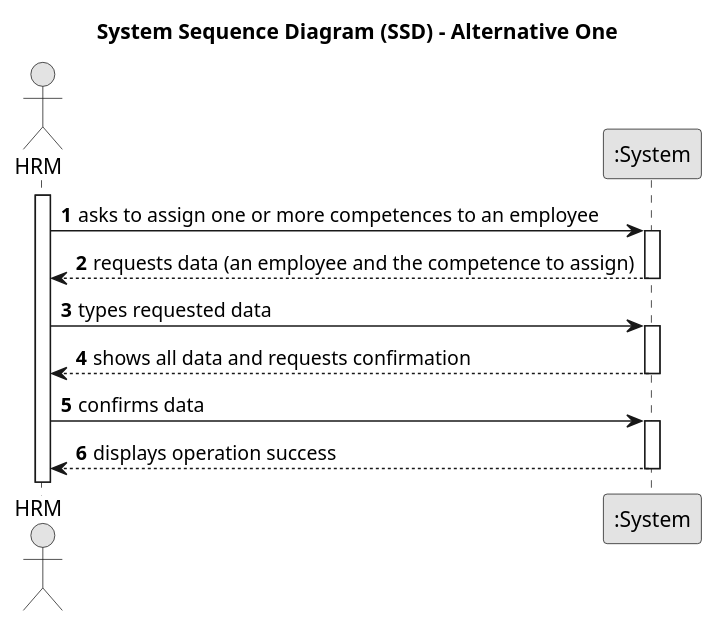
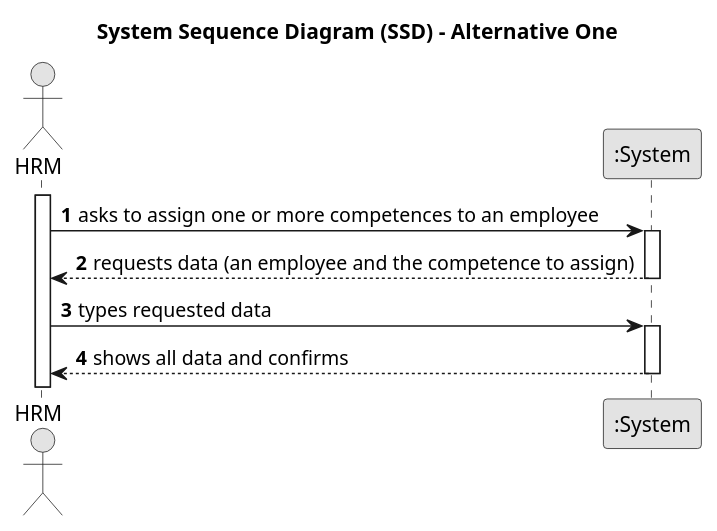
Before and after one commit to Departamento-de-Engenharia-Informatica/lei-24-s2-1df-1de-g063: the diagram in docs/sprintB/us004/01.requirements-engineering/puml/us004-system-sequence-diagram-alternative-one.puml, drawn with PlantUML. The commit also changed 29 other files, not shown here.

```diff
--- a/docs/sprintB/us004/01.requirements-engineering/puml/us004-system-sequence-diagram-alternative-one.puml
+++ b/docs/sprintB/us004/01.requirements-engineering/puml/us004-system-sequence-diagram-alternative-one.puml
@@ -1,33 +1,28 @@
 @startuml
 skinparam monochrome true
 skinparam packageStyle rectangle
 skinparam shadowing false
 
 title System Sequence Diagram (SSD) - Alternative One
 
 autonumber
 
 actor "HRM" as Employee
 participant ":System" as System
 
 activate Employee
 
     Employee -> System : asks to assign one or more competences to an employee
     activate System
 
         System --> Employee : requests data (an employee and the competence to assign)
     deactivate System
 
     Employee -> System : types requested data
     activate System
 
-        System --> Employee : shows all data and requests confirmation
+        System --> Employee : shows all data and confirms
     deactivate System
 
-    Employee -> System : confirms data
-    activate System
-
-        System --> Employee : displays operation success
-    deactivate System
 
 @enduml
```
